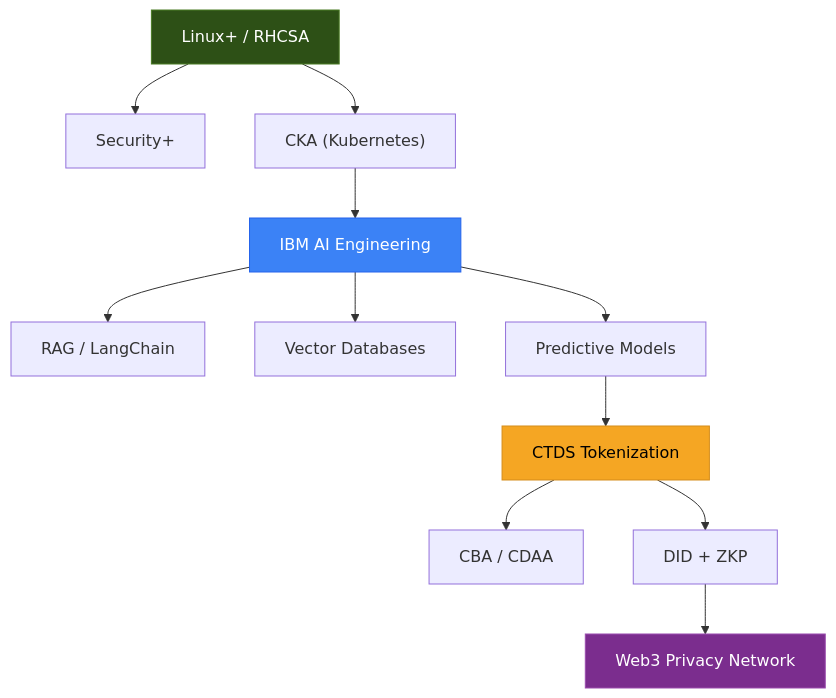
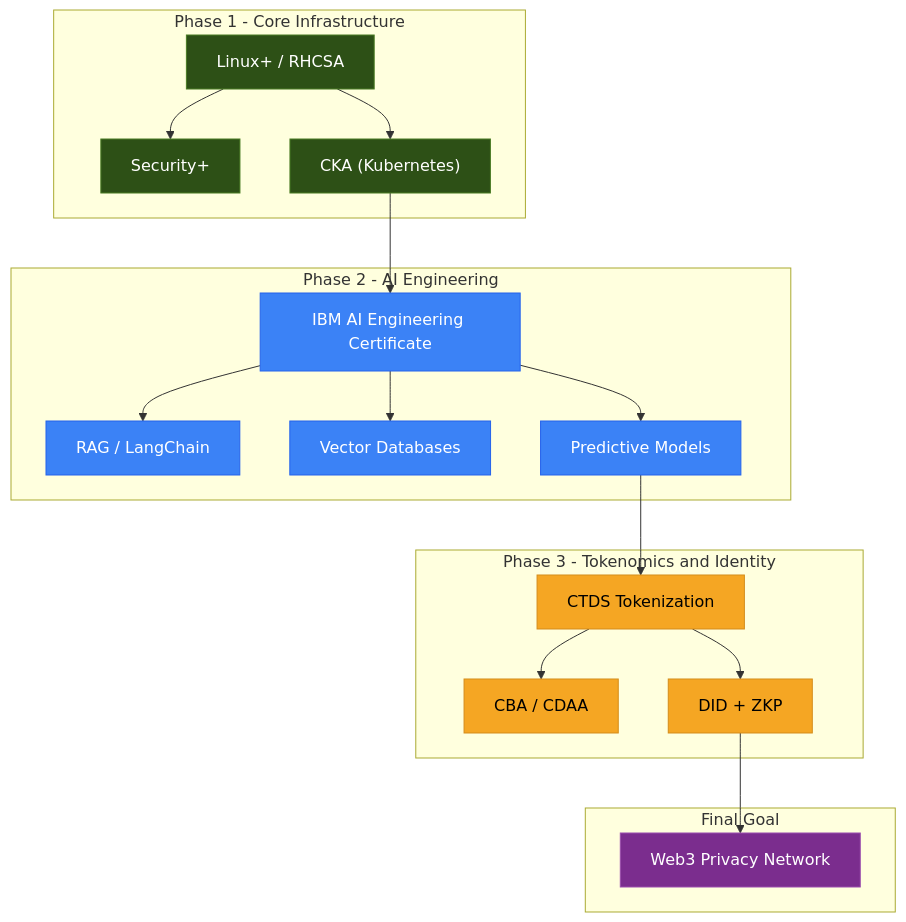
One commit to Anureyki/Sys_Admin.projects changed the diagram in cert-roadmap.md. Above: the diagram before and after it, drawn with Mermaid.

Commit message:
restore full mermaid diagram with subgraphs and all nodes

````diff
--- a/cert-roadmap.md
+++ b/cert-roadmap.md
@@ -5,21 +5,49 @@
 ```mermaid
 graph TD
-    A["Linux+ / RHCSA"] --> B["Security+"]
-    A --> C["CKA (Kubernetes)"]
 
-    C --> D["IBM AI Engineering"]
-    D --> E["RAG / LangChain"]
-    D --> F["Vector Databases"]
-    D --> G["Predictive Models"]
+    subgraph Phase1["Phase 1 - Core Infrastructure"]
+        A["Linux+ / RHCSA"]
+        B["Security+"]
+        C["CKA (Kubernetes)"]
+        A --> B
+        A --> C
+    end
 
-    G --> H["CTDS Tokenization"]
-    H --> I["CBA / CDAA"]
-    H --> J["DID + ZKP"]
+    subgraph Phase2["Phase 2 - AI Engineering"]
+        D["IBM AI Engineering Certificate"]
+        E["RAG / LangChain"]
+        F["Vector Databases"]
+        G["Predictive Models"]
+        D --> E
+        D --> F
+        D --> G
+    end
 
-    J --> K["Web3 Privacy Network"]
+    subgraph Phase3["Phase 3 - Tokenomics and Identity"]
+        H["CTDS Tokenization"]
+        I["CBA / CDAA"]
+        J["DID + ZKP"]
+        H --> I
+        H --> J
+    end
+
+    subgraph Final["Final Goal"]
+        K["Web3 Privacy Network"]
+    end
+
+    C --> D
+    G --> H
+    J --> K
 
     style A fill:#2d5016,stroke:#4a7c24,color:#fff
+    style B fill:#2d5016,stroke:#4a7c24,color:#fff
+    style C fill:#2d5016,stroke:#4a7c24,color:#fff
     style D fill:#3b82f6,stroke:#2563eb,color:#fff
+    style E fill:#3b82f6,stroke:#2563eb,color:#fff
+    style F fill:#3b82f6,stroke:#2563eb,color:#fff
+    style G fill:#3b82f6,stroke:#2563eb,color:#fff
     style H fill:#f5a623,stroke:#d48c1a,color:#000
+    style I fill:#f5a623,stroke:#d48c1a,color:#000
+    style J fill:#f5a623,stroke:#d48c1a,color:#000
     style K fill:#7b2d8e,stroke:#9b4dae,color:#fff
 ```
````
